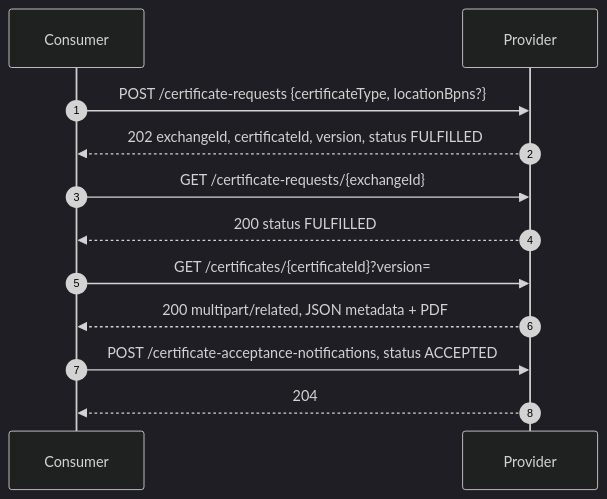
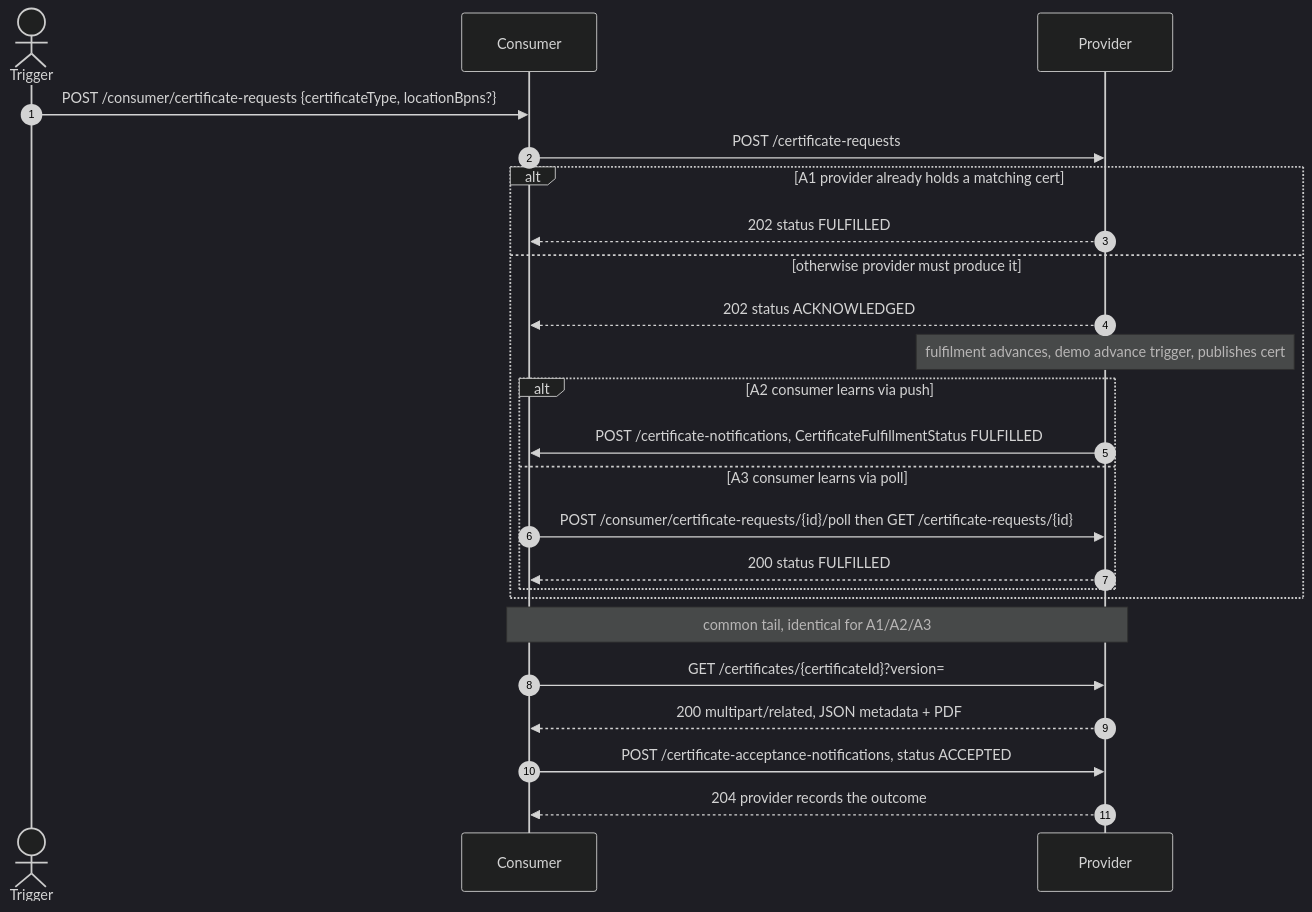
Before and after one commit to Metaform/certo: the second of 5 diagrams in docs/FLOWS.md, drawn with Mermaid (dark theme). The commit also changed other lines of this file and 38 other files, not shown here.

Commit message:
feat: implement edge-case flows and simplify retrieved transition to make it optional

````diff
--- a/docs/FLOWS.md
+++ b/docs/FLOWS.md
@@ -45,14 +83,26 @@
 ```mermaid
 sequenceDiagram
     autonumber
+    actor T as Trigger
     participant C as Consumer
     participant P as Provider
-    C->>P: POST /certificate-requests {certificateType, locationBpns?}
-    P-->>C: 202 exchangeId, certificateId, version, status FULFILLED
-    C->>P: GET /certificate-requests/{exchangeId}
-    P-->>C: 200 status FULFILLED
+    T->>C: POST /consumer/certificate-requests {certificateType, locationBpns?}
+    C->>P: POST /certificate-requests
+    alt A1 provider already holds a matching cert
+        P-->>C: 202 status FULFILLED
+    else otherwise provider must produce it
+        P-->>C: 202 status ACKNOWLEDGED
+        Note over P: fulfilment advances, demo advance trigger, publishes cert
+        alt A2 consumer learns via push
+            P->>C: POST /certificate-notifications, CertificateFulfillmentStatus FULFILLED
+        else A3 consumer learns via poll
+            C->>P: POST /consumer/certificate-requests/{id}/poll then GET /certificate-requests/{id}
+            P-->>C: 200 status FULFILLED
+        end
+    end
+    Note over C,P: common tail, identical for A1/A2/A3
     C->>P: GET /certificates/{certificateId}?version=
     P-->>C: 200 multipart/related, JSON metadata + PDF
     C->>P: POST /certificate-acceptance-notifications, status ACCEPTED
-    P-->>C: 204
+    P-->>C: 204 provider records the outcome
 ```
````
